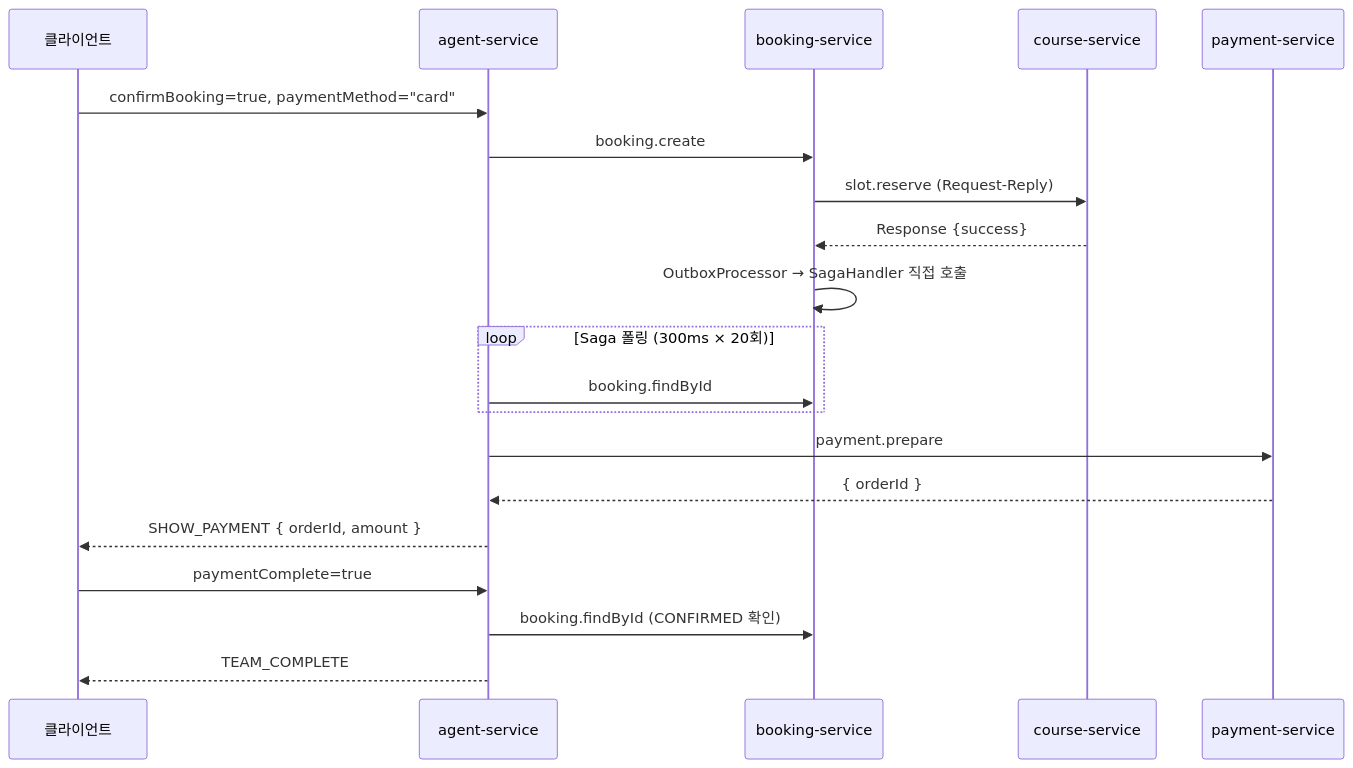
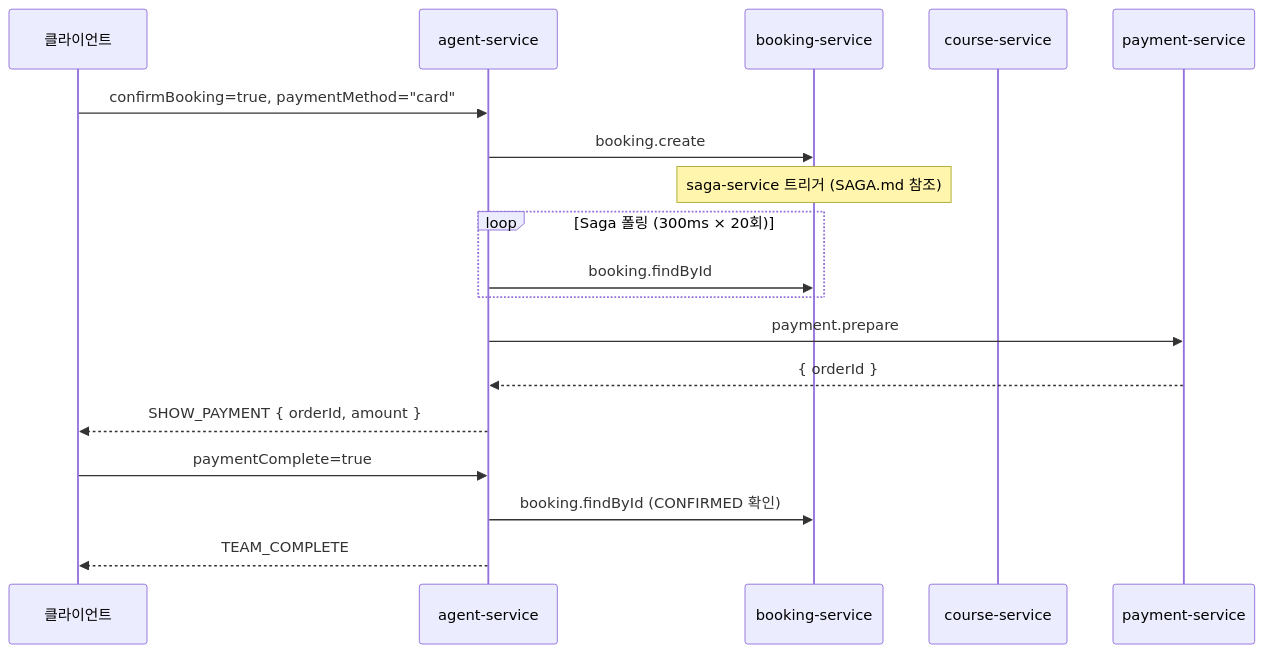
One commit to uniyous/parkgolf-platform changed the second of 3 diagrams in docs/workflow/AGENT.md. Above: the diagram before and after it, drawn with Mermaid. The commit also changed other lines of this file and 9 other files, not shown here.

First line of the commit message:
docs: saga-service 독립 분리에 따른 아키텍처/워크플로우 문서 현행화

````diff
--- a/docs/workflow/AGENT.md
+++ b/docs/workflow/AGENT.md
@@ -335,25 +335,23 @@
 ```mermaid
 sequenceDiagram
     participant App as 클라이언트
     participant Agent as agent-service
     participant Book as booking-service
     participant Course as course-service
     participant Pay as payment-service
 
     App->>Agent: confirmBooking=true, paymentMethod="card"
     Agent->>Book: booking.create
-    Book->>Course: slot.reserve (Request-Reply)
-    Course-->>Book: Response {success}
-    Book->>Book: OutboxProcessor → SagaHandler 직접 호출
+    Note over Book: saga-service 트리거 (SAGA.md 참조)
 
     loop Saga 폴링 (300ms × 20회)
         Agent->>Book: booking.findById
     end
 
     Agent->>Pay: payment.prepare
     Pay-->>Agent: { orderId }
     Agent-->>App: SHOW_PAYMENT { orderId, amount }
     App->>Agent: paymentComplete=true
     Agent->>Book: booking.findById (CONFIRMED 확인)
     Agent-->>App: TEAM_COMPLETE
 ```
````
